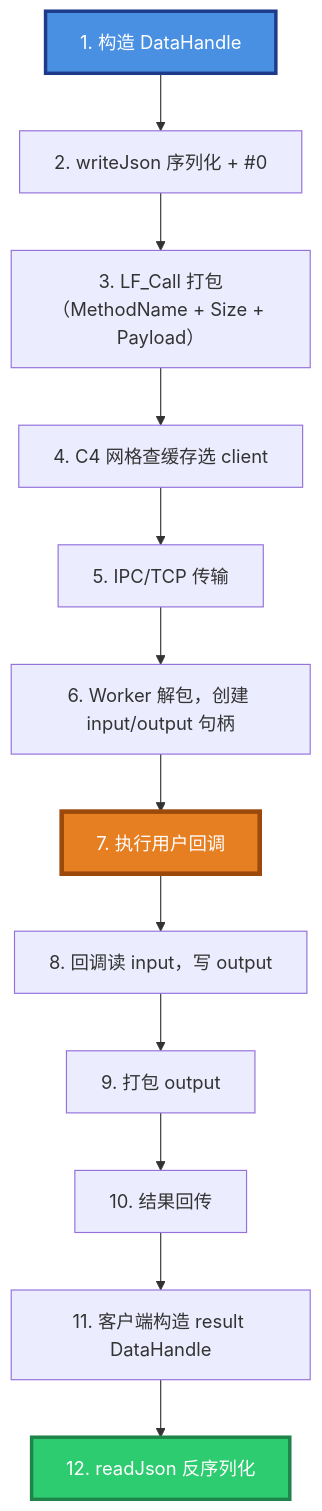
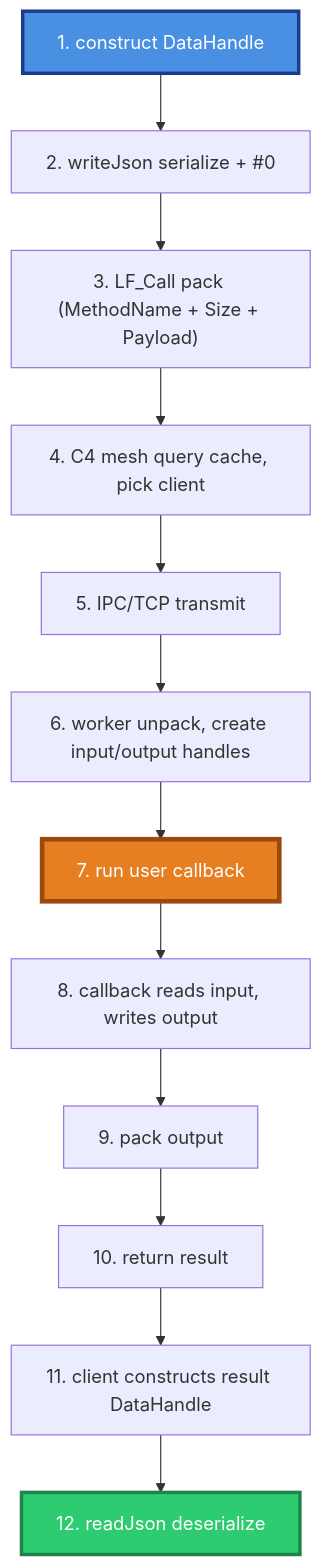
One commit to PassByYou888/LingoFuse changed diagram 17 of 26 in cpp/LingoFuse_Cpp_Knowledge_Base.md. Above: the diagram before and after it, drawn with Mermaid. The commit also changed other lines of this file, not shown here.

````diff
--- a/cpp/LingoFuse_Cpp_Knowledge_Base.md
+++ b/cpp/LingoFuse_Cpp_Knowledge_Base.md
@@ -687,18 +1573,18 @@
 ```mermaid
 flowchart TB
-    S1["1. 构造 DataHandle"] --> S2["2. writeJson 序列化 + #0"]
-    S2 --> S3["3. LF_Call 打包（MethodName + Size + Payload）"]
-    S3 --> S4["4. C4 网格查缓存选 client"]
-    S4 --> S5["5. IPC/TCP 传输"]
-    S5 --> S6["6. Worker 解包，创建 input/output 句柄"]
-    S6 --> S7["7. 执行用户回调"]
-    S7 --> S8["8. 回调读 input，写 output"]
-    S8 --> S9["9. 打包 output"]
-    S9 --> S10["10. 结果回传"]
-    S10 --> S11["11. 客户端构造 result DataHandle"]
-    S11 --> S12["12. readJson 反序列化"]
+    S1["1. construct DataHandle"] --> S2["2. writeJson serialize + #0"]
+    S2 --> S3["3. LF_Call pack (MethodName + Size + Payload)"]
+    S3 --> S4["4. C4 mesh query cache, pick client"]
+    S4 --> S5["5. IPC/TCP transmit"]
+    S5 --> S6["6. worker unpack, create input/output handles"]
+    S6 --> S7["7. run user callback"]
+    S7 --> S8["8. callback reads input, writes output"]
+    S8 --> S9["9. pack output"]
+    S9 --> S10["10. return result"]
+    S10 --> S11["11. client constructs result DataHandle"]
+    S11 --> S12["12. readJson deserialize"]
 
     style S1 fill:#4A90E2,stroke:#1E3A8A,stroke-width:3px,color:#FFFFFF
     style S7 fill:#E67E22,stroke:#9C4A0C,stroke-width:4px,color:#FFFFFF
     style S12 fill:#2ECC71,stroke:#1E8449,stroke-width:3px,color:#FFFFFF
 ```
````
